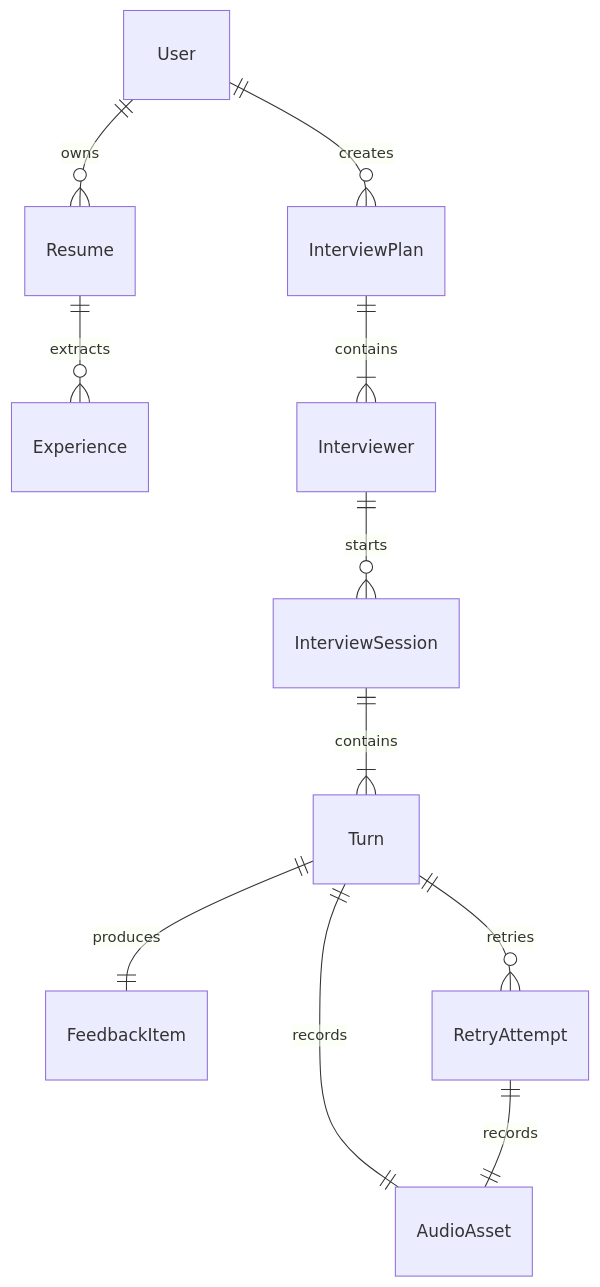
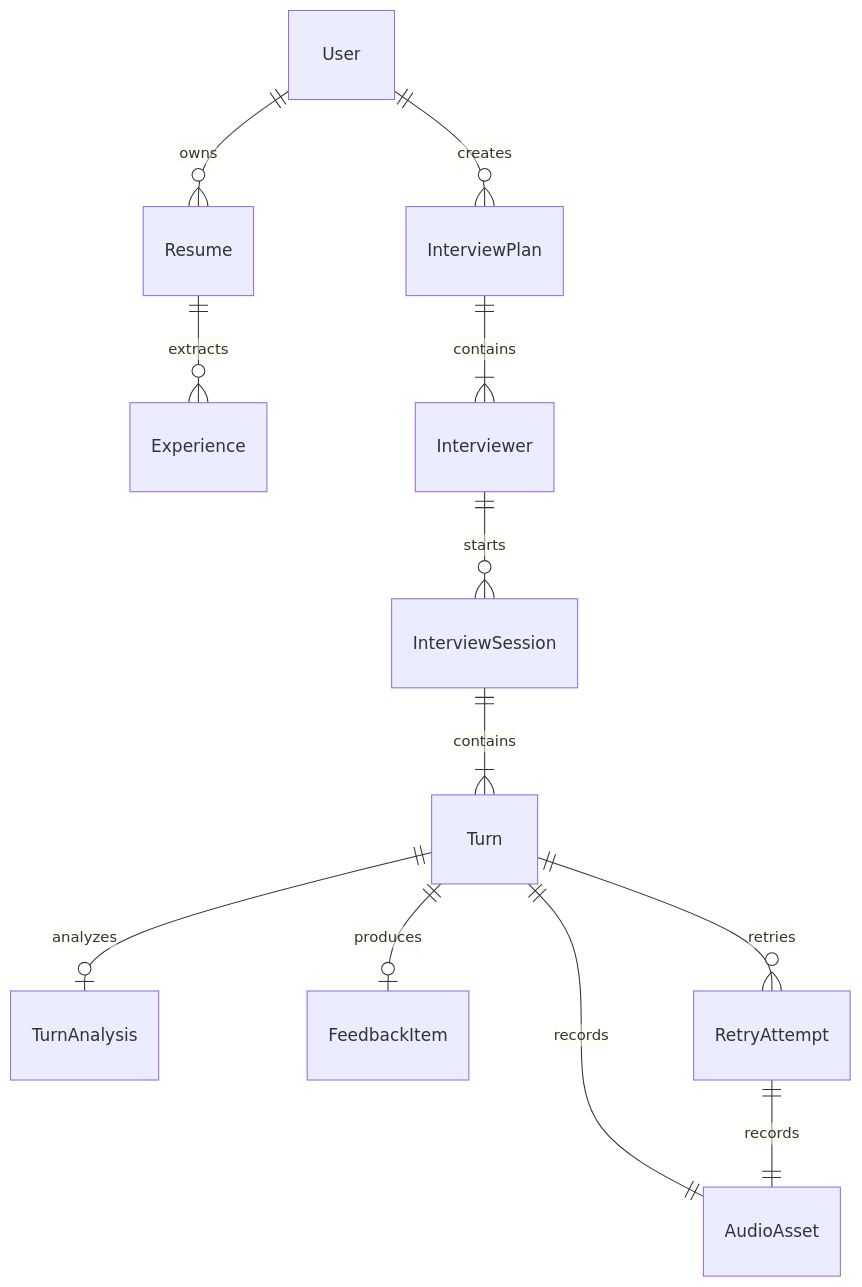
Before and after one commit to Lq0412/ai-en-coach: the fourth of 12 diagrams in docs/superpowers/specs/2026-07-14-ms1-system-architecture-design.md, drawn with Mermaid. The commit also changed other lines of this file, not shown here.

First line of the commit message:
docs(architecture): 定稿 MS1 系统架构与技术选型

````diff
--- a/docs/superpowers/specs/2026-07-14-ms1-system-architecture-design.md
+++ b/docs/superpowers/specs/2026-07-14-ms1-system-architecture-design.md
@@ -253,13 +318,14 @@
 ```mermaid
 erDiagram
   User ||--o{ Resume : owns
   Resume ||--o{ Experience : extracts
   User ||--o{ InterviewPlan : creates
   InterviewPlan ||--|{ Interviewer : contains
   Interviewer ||--o{ InterviewSession : starts
   InterviewSession ||--|{ Turn : contains
-  Turn ||--|| FeedbackItem : produces
+  Turn ||--o| TurnAnalysis : analyzes
+  Turn ||--o| FeedbackItem : produces
   Turn ||--o{ RetryAttempt : retries
   Turn ||--|| AudioAsset : records
   RetryAttempt ||--|| AudioAsset : records
 ```
````
